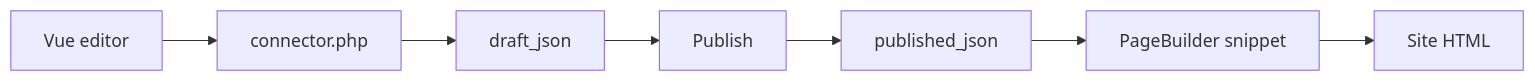
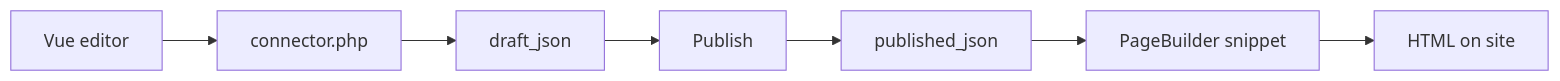
One commit to modx-pro/Docs changed the diagram in docs/en/components/pagebuilder/integration.md. Above: the diagram before and after it, drawn with Mermaid. The commit also changed other lines of this file and 34 other files, not shown here.

````diff
--- a/docs/en/components/pagebuilder/integration.md
+++ b/docs/en/components/pagebuilder/integration.md
@@ -134,9 +134,9 @@
 ```mermaid
 flowchart LR
   Editor[Vue editor] --> Connector[connector.php]
   Connector --> Draft[draft_json]
   Draft --> Publish[Publish]
   Publish --> Published[published_json]
   Published --> Snippet[PageBuilder snippet]
-  Snippet --> HTML[Site HTML]
+  Snippet --> HTML[HTML on site]
 ```
````
